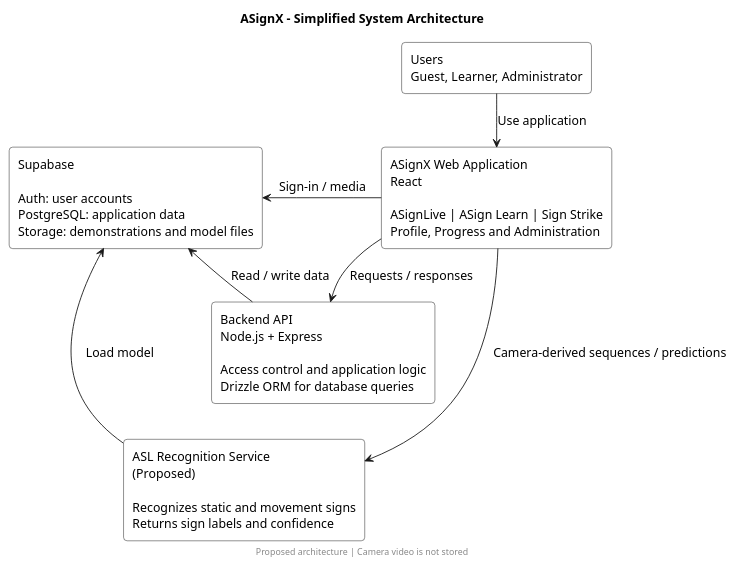
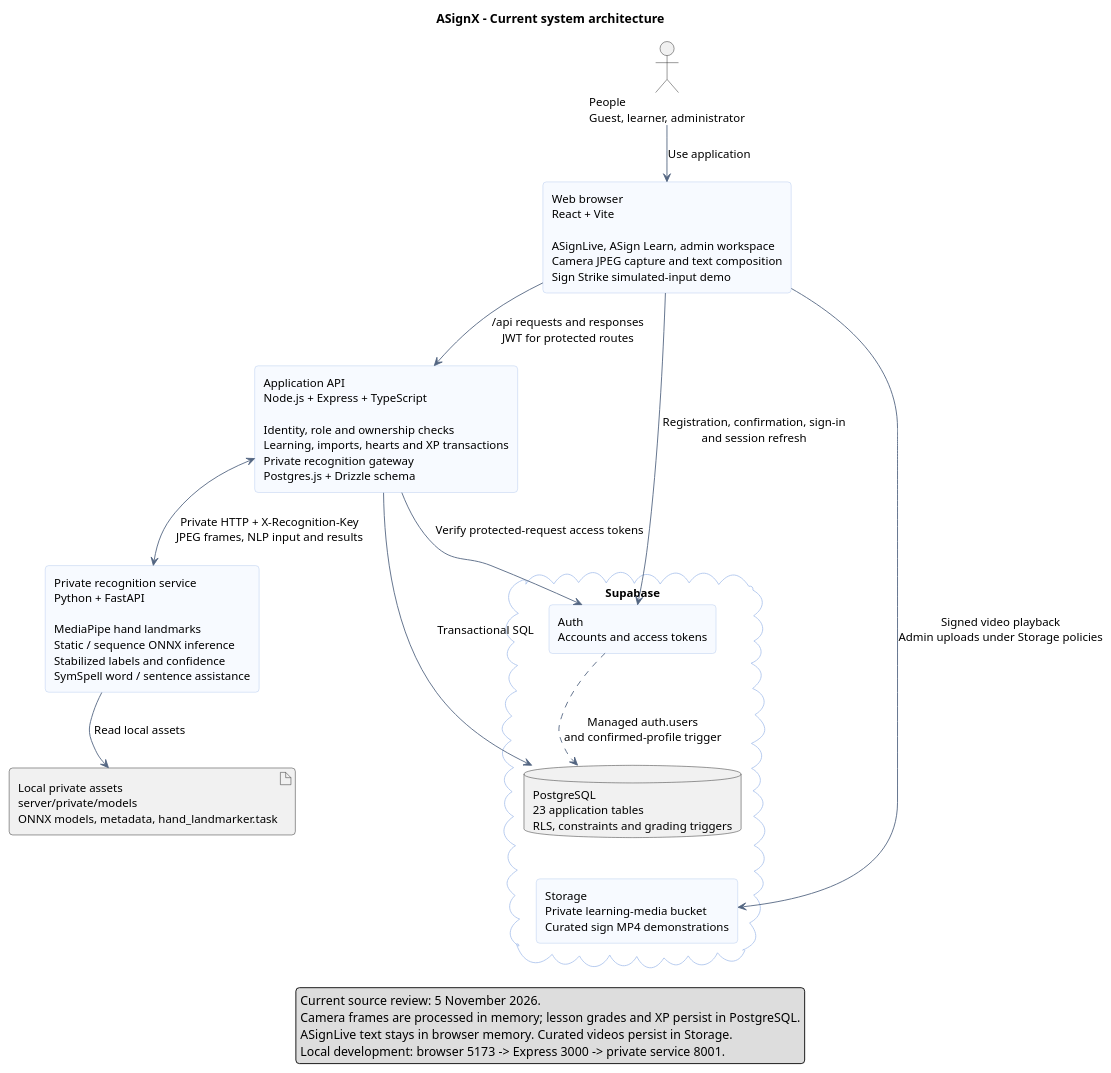
Before and after one commit to ayawton/ASignX: the diagram in docs/final/System-Architecture.puml, drawn with PlantUML. The commit also changed 23 other files, not shown here.

```diff
--- a/docs/final/System-Architecture.puml
+++ b/docs/final/System-Architecture.puml
@@ -1,32 +1,43 @@
 @startuml ASignX_System_Architecture
-title ASignX - Simplified System Architecture
+title ASignX - Current system architecture
 top to bottom direction
 skinparam shadowing false
 skinparam defaultFontName Arial
-skinparam defaultFontSize 14
+skinparam defaultFontSize 13
 skinparam roundCorner 8
-skinparam ranksep 40
-skinparam rectangleBackgroundColor White
-skinparam rectangleBorderColor Black
+skinparam ArrowColor #526581
+skinparam rectangleBackgroundColor #F7FAFF
+skinparam rectangleBorderColor #AFC5ED
+skinparam cloudBorderColor #AFC5ED
+skinparam ranksep 45
 
-rectangle "Users\nGuest, Learner, Administrator" as Users
-
-rectangle "ASignX Web Application\nReact\n\nASignLive | ASign Learn | Sign Strike\nProfile, Progress and Administration" as Web
-
-rectangle "Backend API\nNode.js + Express\n\nAccess control and application logic\nDrizzle ORM for database queries" as API
-
-rectangle "ASL Recognition Service\n(Proposed)\n\nRecognizes static and movement signs\nReturns sign labels and confidence" as AI
-
-rectangle "Supabase\n\nAuth: user accounts\nPostgreSQL: application data\nStorage: demonstrations and model files" as Data
-
-Users -down-> Web : Use application
-Web -down-> API : Requests / responses
-API -[hidden]down-> AI
-AI -[hidden]down-> Data
-Web -right-> AI : Camera-derived sequences / predictions
-API -left-> Data : Read / write data
-Web -left-> Data : Sign-in / media
-AI -down-> Data : Load model
-
-footer Proposed architecture | Camera video is not stored
+actor "People\nGuest, learner, administrator" as Users
+rectangle "Web browser\nReact + Vite\n\nASignLive, ASign Learn, admin workspace\nCamera JPEG capture and text composition\nSign Strike simulated-input demo" as Web
+rectangle "Application API\nNode.js + Express + TypeScript\n\nIdentity, role and ownership checks\nLearning, imports, hearts and XP transactions\nPrivate recognition gateway\nPostgres.js + Drizzle schema" as API
+rectangle "Private recognition service\nPython + FastAPI\n\nMediaPipe hand landmarks\nStatic / sequence ONNX inference\nStabilized labels and confidence\nSymSpell word / sentence assistance" as Recognition
+artifact "Local private assets\nserver/private/models\nONNX models, metadata, hand_landmarker.task" as Models
+cloud "Supabase" {
+ rectangle "Auth\nAccounts and access tokens" as Auth
+ database "PostgreSQL\n23 application tables\nRLS, constraints and grading triggers" as DB
+ rectangle "Storage\nPrivate learning-media bucket\nCurated sign MP4 demonstrations" as Storage
+}
+Users --> Web : Use application
+Web --> API : /api requests and responses\nJWT for protected routes
+API <--> Recognition : Private HTTP + X-Recognition-Key\nJPEG frames, NLP input and results
+Recognition --> Models : Read local assets
+API --> DB : Transactional SQL
+Web --> Auth : Registration, confirmation, sign-in\nand session refresh
+API --> Auth : Verify protected-request access tokens
+Web --> Storage : Signed video playback\nAdmin uploads under Storage policies
+Auth ..> DB : Managed auth.users\nand confirmed-profile trigger
+API -[hidden]down-> Recognition
+Recognition -[hidden]down-> Models
+Auth -[hidden]down-> DB
+DB -[hidden]down-> Storage
+legend bottom
+ Current source review: 5 November 2026.
+ Camera frames are processed in memory; lesson grades and XP persist in PostgreSQL.
+ ASignLive text stays in browser memory. Curated videos persist in Storage.
+ Local development: browser 5173 -> Express 3000 -> private service 8001.
+endlegend
 @enduml
```
